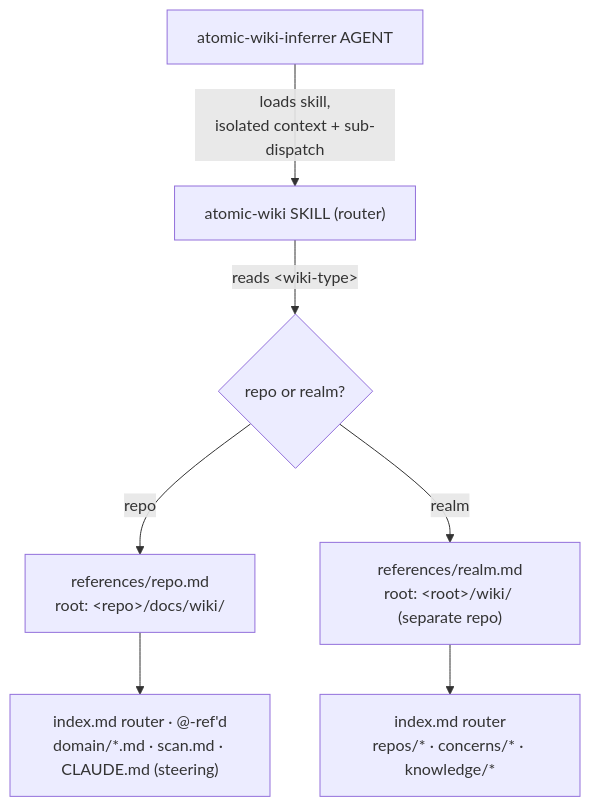
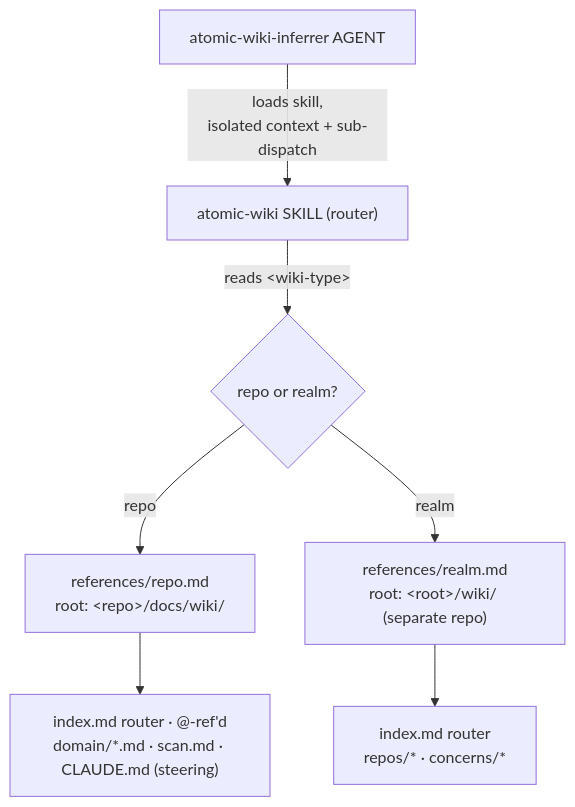
The first of 2 diagrams in docs/design/signals-wiki-unification.md (damusix/atomic-claude), drawn with Mermaid before and after one commit. The commit also changed other lines of this file and 11 other files, not shown here.

````diff
--- a/docs/design/signals-wiki-unification.md
+++ b/docs/design/signals-wiki-unification.md
@@ -47,9 +46,9 @@
 ```mermaid
 flowchart TD
     A["atomic-wiki SKILL (router)"] -->|reads &lt;wiki-type&gt;| B{repo or realm?}
     B -->|repo| C["references/repo.md<br/>root: &lt;repo&gt;/docs/wiki/"]
     B -->|realm| D["references/realm.md<br/>root: &lt;root&gt;/wiki/ (separate repo)"]
     C --> E["index.md router · @-ref'd<br/>domain/*.md · scan.md · CLAUDE.md (steering)"]
-    D --> F["index.md router<br/>repos/* · concerns/* · knowledge/*"]
+    D --> F["index.md router<br/>repos/* · concerns/*"]
     G["atomic-wiki-inferrer AGENT"] -->|loads skill,<br/>isolated context + sub-dispatch| A
 ```
````
